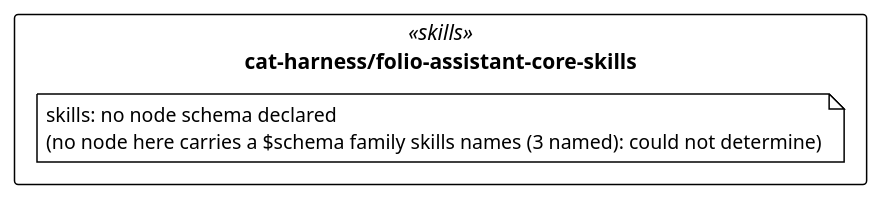
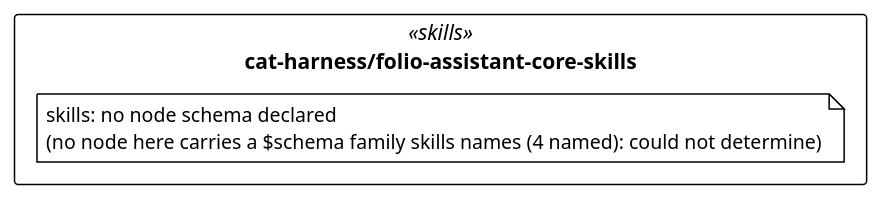
One commit to litlfred/folio-assistant changed the diagram in cat-harness/uml/overview/cat-harness/folio-assistant-core-skills.puml. Above: the diagram before and after it, drawn with PlantUML. The commit also changed 139 other files, not shown here.

```diff
--- a/cat-harness/uml/overview/cat-harness/folio-assistant-core-skills.puml
+++ b/cat-harness/uml/overview/cat-harness/folio-assistant-core-skills.puml
@@ -3,13 +3,13 @@
 @startuml cat_harness_folio_assistant_core_skills
 !pragma layout elk
 !theme plain
 skinparam classAttributeIconSize 0
 skinparam shadowing false
 skinparam packageStyle rectangle
 hide empty methods
 
 package "cat-harness/folio-assistant-core-skills" as pkg_cat_harness_folio_assistant_core_skills <<skills>> {
-  note "skills: no node schema declared\n(no node here carries a $schema family skills names (3 named): could not determine)" as n_cat_harness_folio_assistant_core_skills_skills
+  note "skills: no node schema declared\n(no node here carries a $schema family skills names (4 named): could not determine)" as n_cat_harness_folio_assistant_core_skills_skills
 }
 
 @enduml
```
